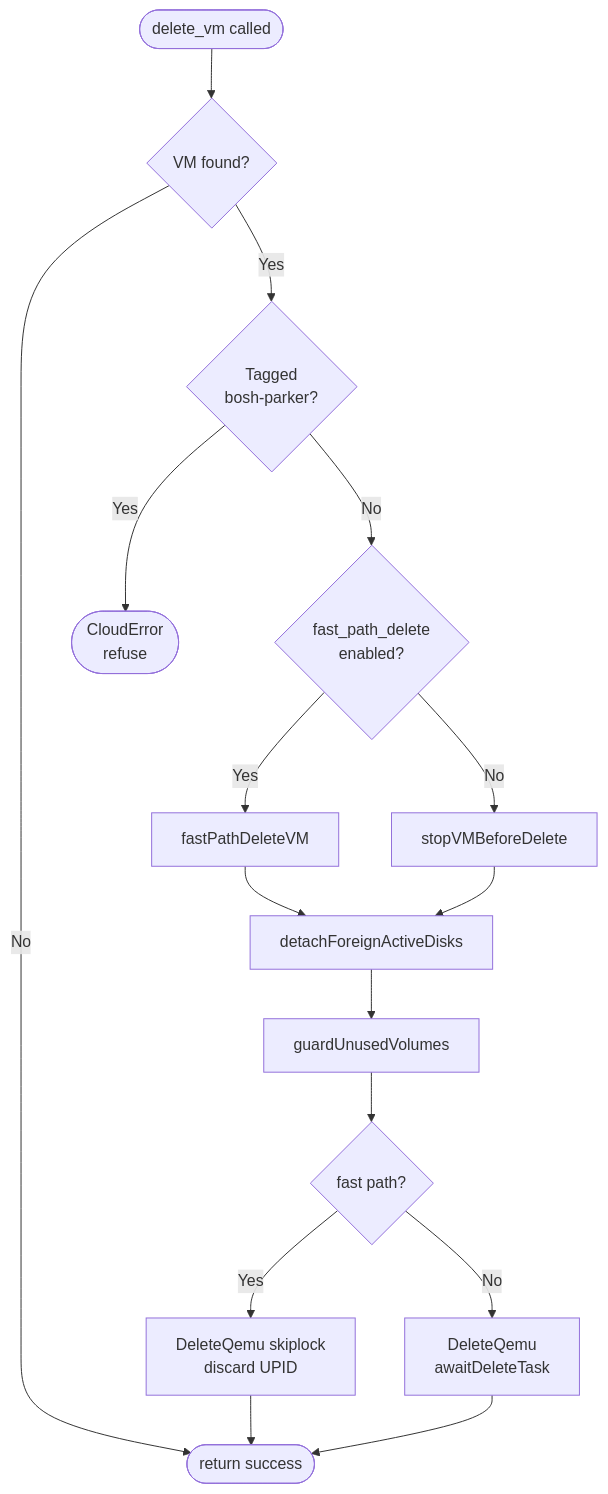
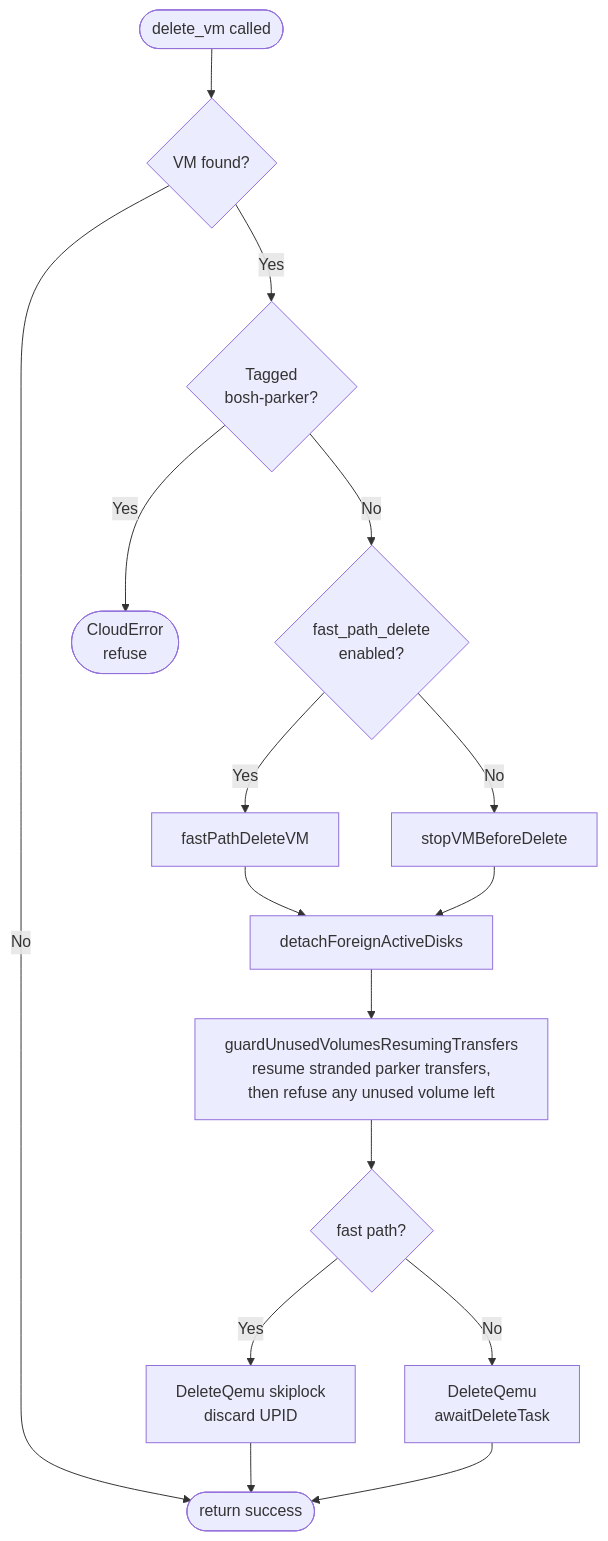
One commit to fivetwenty-io/bosh-proxmox-cpi-release changed the first of 2 diagrams in docs/cpi_methods.md. Above: the diagram before and after it, drawn with Mermaid. The commit also changed other lines of this file and 10 other files, not shown here.

First line of the commit message:
fix(delete_vm): finish a parker transfer stranded after the slot delete

````diff
--- a/docs/cpi_methods.md
+++ b/docs/cpi_methods.md
@@ -222,18 +222,18 @@
 ```mermaid
 flowchart TD
     A([delete_vm called]) --> B{VM found?}
     B -- No --> Z([return success])
     B -- Yes --> PK{Tagged\nbosh-parker?}
     PK -- Yes --> PKE([CloudError\nrefuse])
     PK -- No --> C{fast_path_delete\nenabled?}
     C -- Yes --> FP[fastPathDeleteVM]
     C -- No --> SP[stopVMBeforeDelete]
     FP --> D[detachForeignActiveDisks]
     SP --> D
-    D --> E[guardUnusedVolumes]
+    D --> E[guardUnusedVolumesResumingTransfers\nresume stranded parker transfers,\nthen refuse any unused volume left]
     E --> F{fast path?}
     F -- Yes --> G[DeleteQemu skiplock\ndiscard UPID]
     F -- No --> H[DeleteQemu\nawaitDeleteTask]
     G --> Z
     H --> Z
 ```
````
